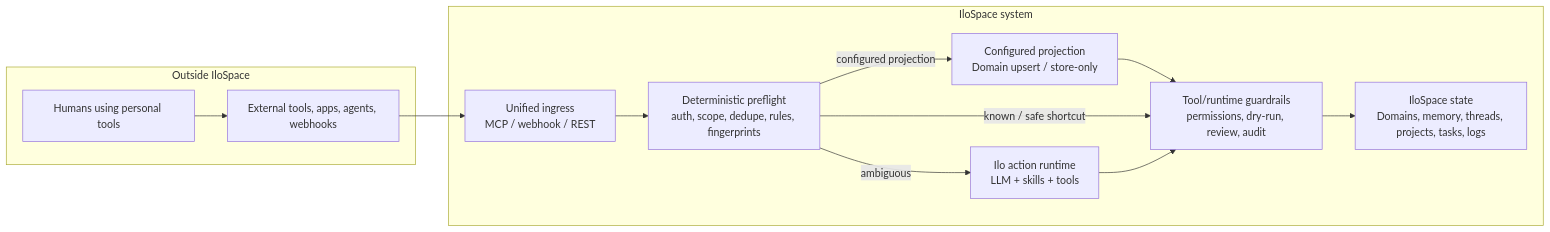
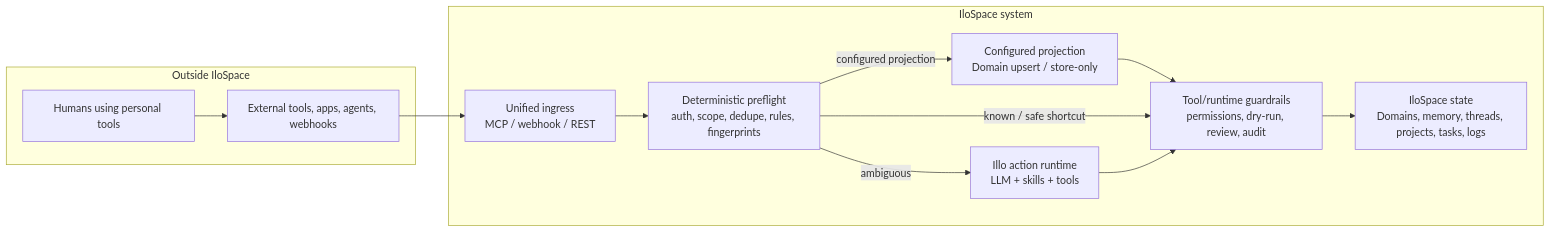
The first of 7 diagrams in docs/prd-inbound-coordination-layer.md (Illospace/illospace), drawn with Mermaid before and after one commit. The commit also changed other lines of this file and 2 other files, not shown here.

````diff
--- a/docs/prd-inbound-coordination-layer.md
+++ b/docs/prd-inbound-coordination-layer.md
@@ -485,26 +517,26 @@
 ```mermaid
 flowchart LR
     subgraph Outside["Outside IloSpace"]
         Tools["External tools, apps, agents, webhooks"]
         People["Humans using personal tools"]
     end
 
     subgraph IloSpace["IloSpace system"]
         Ingress["Unified ingress<br/>MCP / webhook / REST"]
         Policy["Deterministic preflight<br/>auth, scope, dedupe, rules, fingerprints"]
-        Agent["Ilo action runtime<br/>LLM + skills + tools"]
+        Agent["Illo action runtime<br/>LLM + skills + tools"]
         Projection["Configured projection<br/>Domain upsert / store-only"]
         Guard["Tool/runtime guardrails<br/>permissions, dry-run, review, audit"]
         Workspace["IloSpace state<br/>Domains, memory, threads, projects, tasks, logs"]
     end
 
     People --> Tools
     Tools --> Ingress
     Ingress --> Policy
     Policy -->|"configured projection"| Projection
     Projection --> Guard
     Policy -->|"known / safe shortcut"| Guard
     Policy -->|"ambiguous"| Agent
     Agent --> Guard
     Guard --> Workspace
 ```
````
